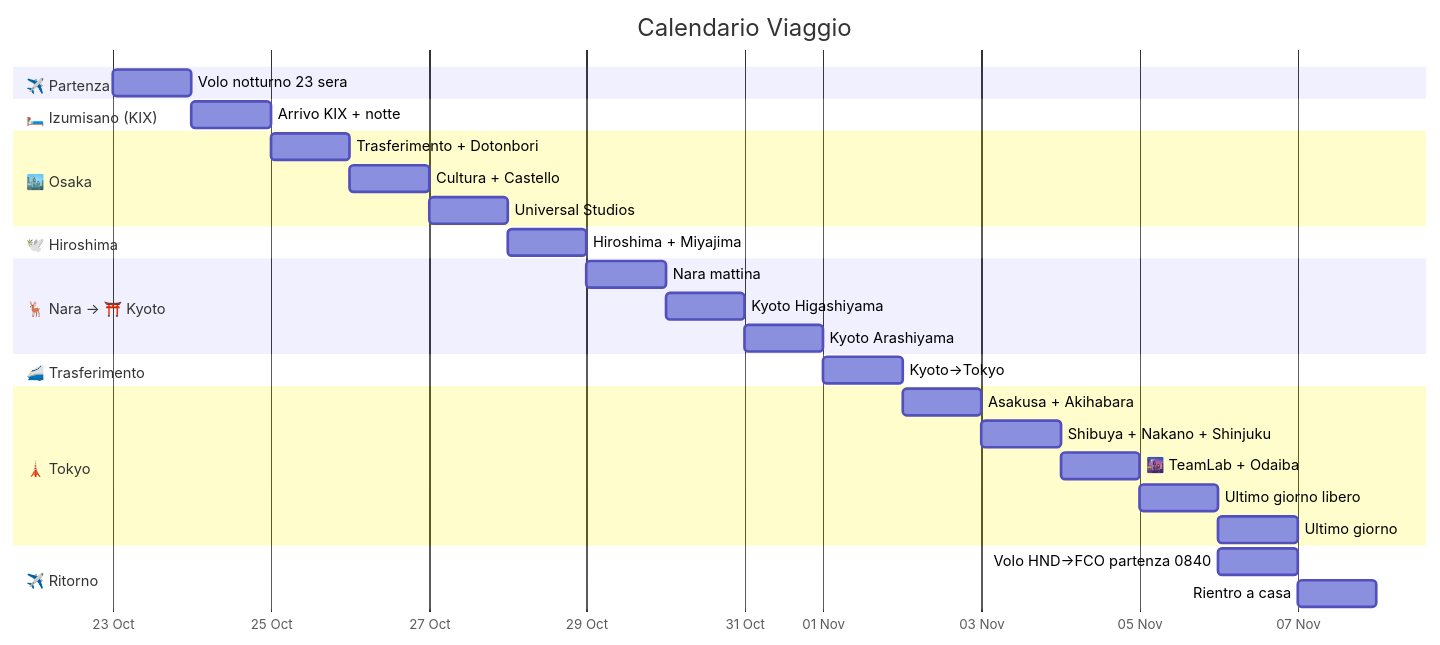
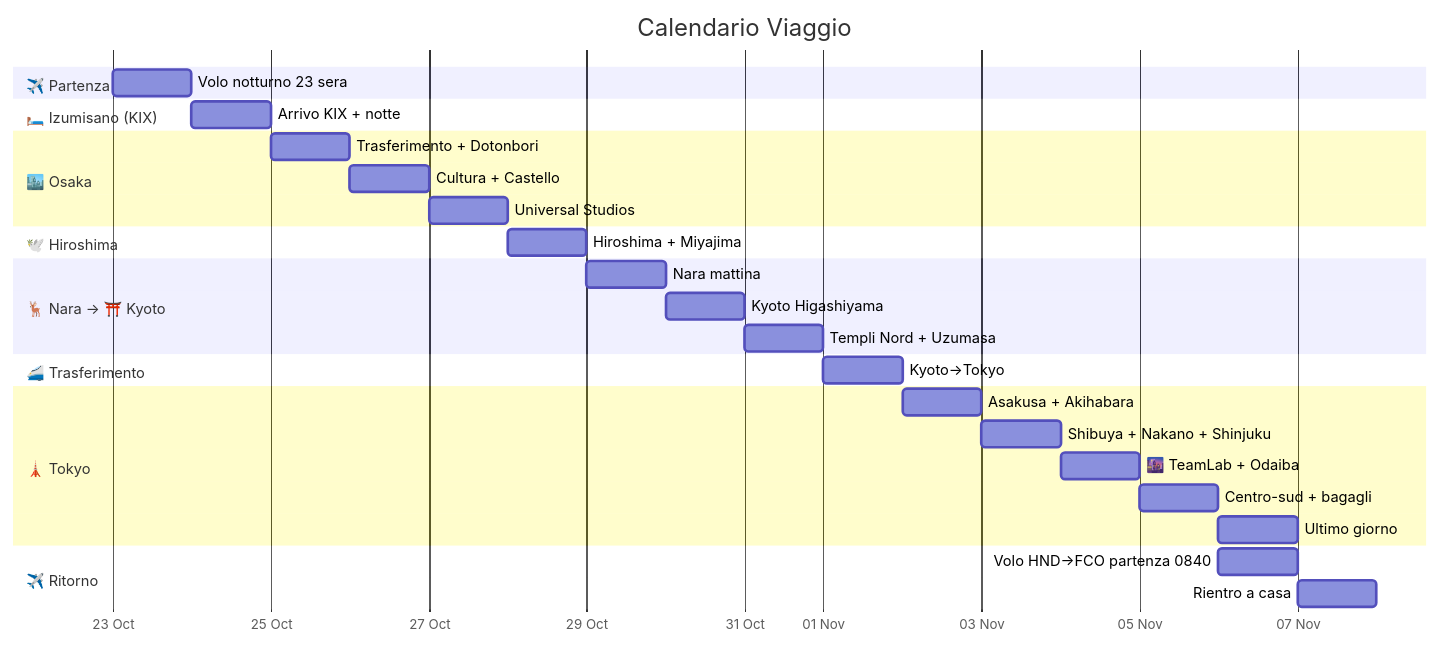
One commit to LorenzoPolito/Travel-Vault changed the second of 3 diagrams in Itinerari/Japan/2026/Itinerario-Giappone-23ott-6nov2026.md. Above: the diagram before and after it, drawn with Mermaid. The commit also changed other lines of this file and 5 other files, not shown here.

````diff
--- a/Itinerari/Japan/2026/Itinerario-Giappone-23ott-6nov2026.md
+++ b/Itinerari/Japan/2026/Itinerario-Giappone-23ott-6nov2026.md
@@ -82,39 +82,39 @@
 ```mermaid
 gantt
     title Calendario Viaggio
     dateFormat  YYYY-MM-DD
     axisFormat  %d %b
 
     section ✈️ Partenza
     Volo notturno 23 sera   :g1, 2026-10-23, 1d
 
     section 🛏️ Izumisano (KIX)
     Arrivo KIX + notte      :g2, 2026-10-24, 1d
 
     section 🏙️ Osaka
     Trasferimento + Dotonbori :g3, 2026-10-25, 1d
     Cultura + Castello     :2026-10-26, 1d
     Universal Studios      :2026-10-27, 1d
 
     section 🕊️ Hiroshima
     Hiroshima + Miyajima   :2026-10-28, 1d
 
     section 🦌 Nara → ⛩️ Kyoto
     Nara mattina           :g7, 2026-10-29, 1d
     Kyoto Higashiyama      :2026-10-30, 1d
-    Kyoto Arashiyama       :2026-10-31, 1d
+    Templi Nord + Uzumasa  :2026-10-31, 1d
 
     section 🚄 Trasferimento
     Kyoto→Tokyo            :2026-11-01, 1d
 
     section 🗼 Tokyo
     Asakusa + Akihabara    :2026-11-02, 1d
     Shibuya + Nakano + Shinjuku :2026-11-03, 1d
     🌆 TeamLab + Odaiba    :2026-11-04, 1d
-    Ultimo giorno libero  :2026-11-05, 1d
+    Centro-sud + bagagli   :2026-11-05, 1d
     Ultimo giorno          :2026-11-06, 1d
 
     section ✈️ Ritorno
     Volo HND→FCO partenza 0840 :2026-11-06, 1d
     Rientro a casa           :2026-11-07, 1d
 ```
````
